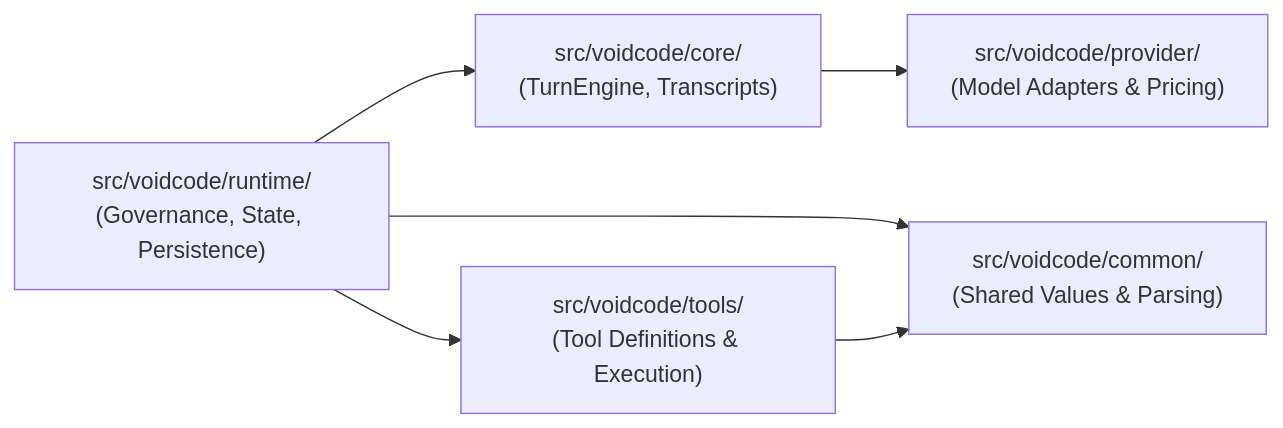
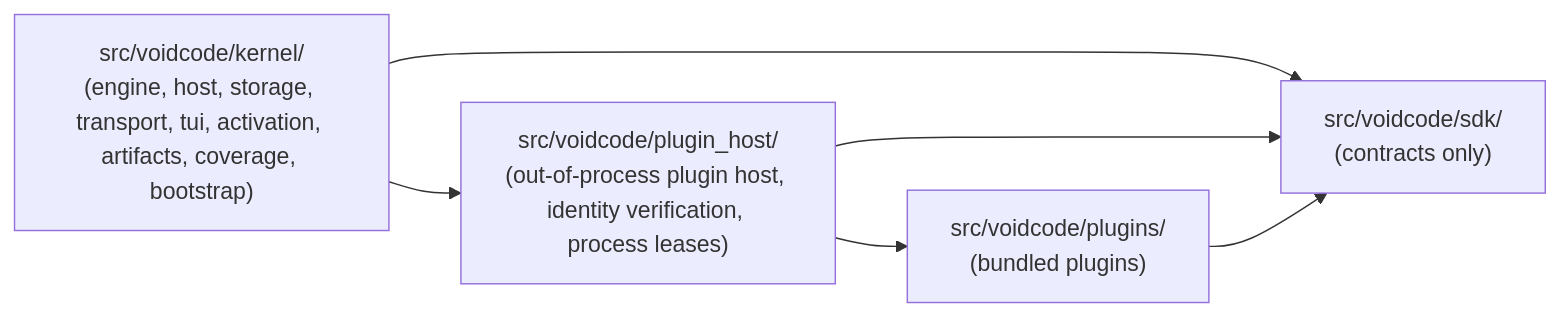
One commit to lei-jia-xing/voidcode changed the diagram in AGENTS.md. Above: the diagram before and after it, drawn with Mermaid. The commit also changed other lines of this file and 980 other files, not shown here.

````diff
--- a/AGENTS.md
+++ b/AGENTS.md
@@ -9,14 +9,13 @@
 ```mermaid
 graph LR
-    Runtime["src/voidcode/runtime/<br/>(Governance, State, Persistence)"]
-    Core["src/voidcode/core/<br/>(TurnEngine, Transcripts)"]
-    Tools["src/voidcode/tools/<br/>(Tool Definitions & Execution)"]
-    Common["src/voidcode/common/<br/>(Shared Values & Parsing)"]
-    Provider["src/voidcode/provider/<br/>(Model Adapters & Pricing)"]
+    SDK["src/voidcode/sdk/<br/>(contracts only)"]
+    Kernel["src/voidcode/kernel/<br/>(engine, host, storage, transport, tui, activation, artifacts, coverage, bootstrap)"]
+    Host["src/voidcode/plugin_host/<br/>(out-of-process plugin host, identity verification, process leases)"]
+    Plugins["src/voidcode/plugins/<br/>(bundled plugins)"]
 
-    Runtime --> Core
-    Runtime --> Tools
-    Runtime --> Common
-    Core --> Provider
-    Tools --> Common
+    Kernel --> SDK
+    Host --> SDK
+    Plugins --> SDK
+    Kernel --> Host
+    Host --> Plugins
 ```
````
